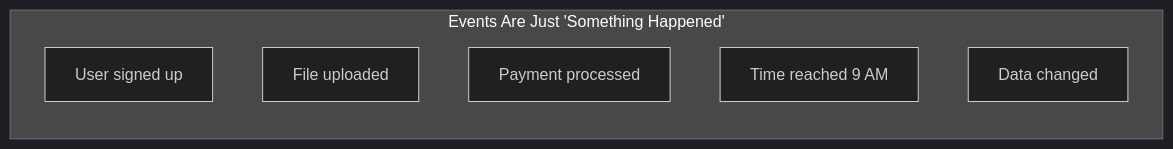
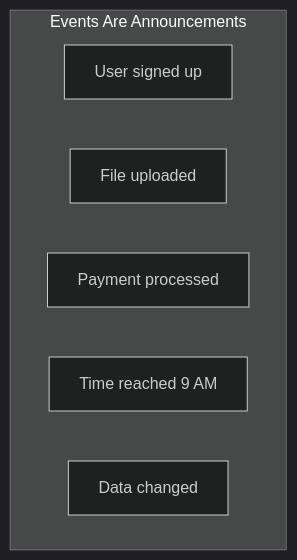
Before and after one commit to jonathanleahy/fullstack-monorepo: the first of 7 diagrams in backend/data/courses/aws-certified-developer-associate/lessons/13-eventbridge/content.md, drawn with Mermaid (dark theme). The commit also changed other lines of this file, not shown here.

First line of the commit message:
feat: enhance EventBridge lesson with floating diagram layouts

````diff
--- a/backend/data/courses/aws-certified-developer-associate/lessons/13-eventbridge/content.md
+++ b/backend/data/courses/aws-certified-developer-associate/lessons/13-eventbridge/content.md
@@ -11,10 +10,10 @@
 ```mermaid
-graph LR
-    subgraph "Events Are Just 'Something Happened'"
+graph TB
+    subgraph "Events Are Announcements"
         E1["User signed up"]
         E2["File uploaded"]
         E3["Payment processed"]
         E4["Time reached 9 AM"]
         E5["Data changed"]
     end
 ```
````
